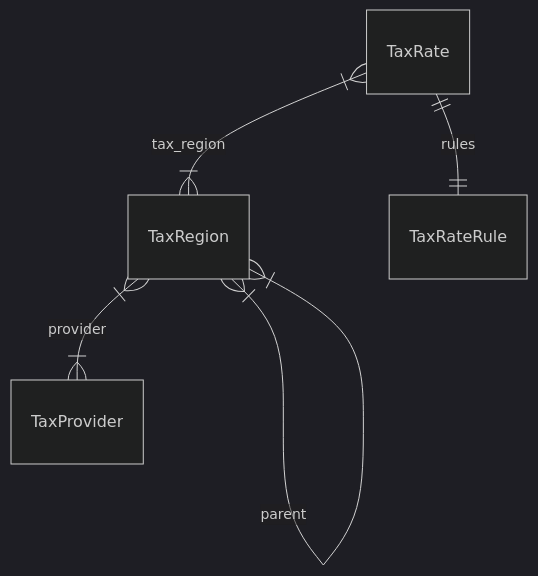
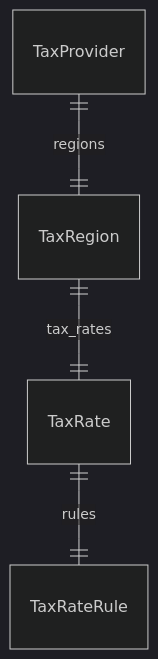
One commit to zaaakher/medusa changed the diagram in www/apps/resources/references/modules/tax_models/page.mdx. Above: the diagram before and after it, drawn with Mermaid (dark theme). The commit also changed other lines of this file and 195 other files, not shown here.

````diff
--- a/www/apps/resources/references/modules/tax_models/page.mdx
+++ b/www/apps/resources/references/modules/tax_models/page.mdx
@@ -14,8 +14,7 @@
 ```mermaid
 erDiagram
-	TaxRate }|--|{ TaxRegion : tax_region
 	TaxRate ||--|| TaxRateRule : rules
-	TaxRegion }|--|{ TaxProvider : provider
-	TaxRegion }|--|{ TaxRegion : parent
+	TaxRegion ||--|| TaxRate : tax_rates
+	TaxProvider ||--|| TaxRegion : regions
 
 ```
````
